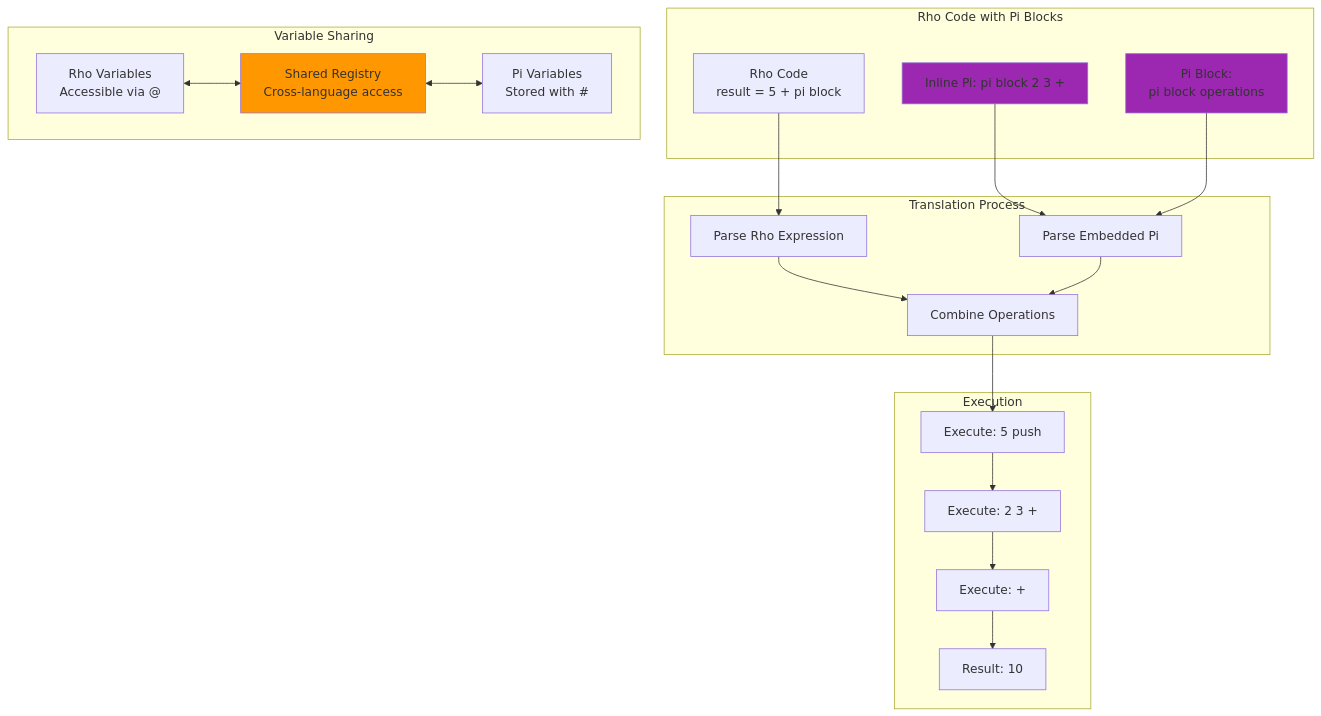
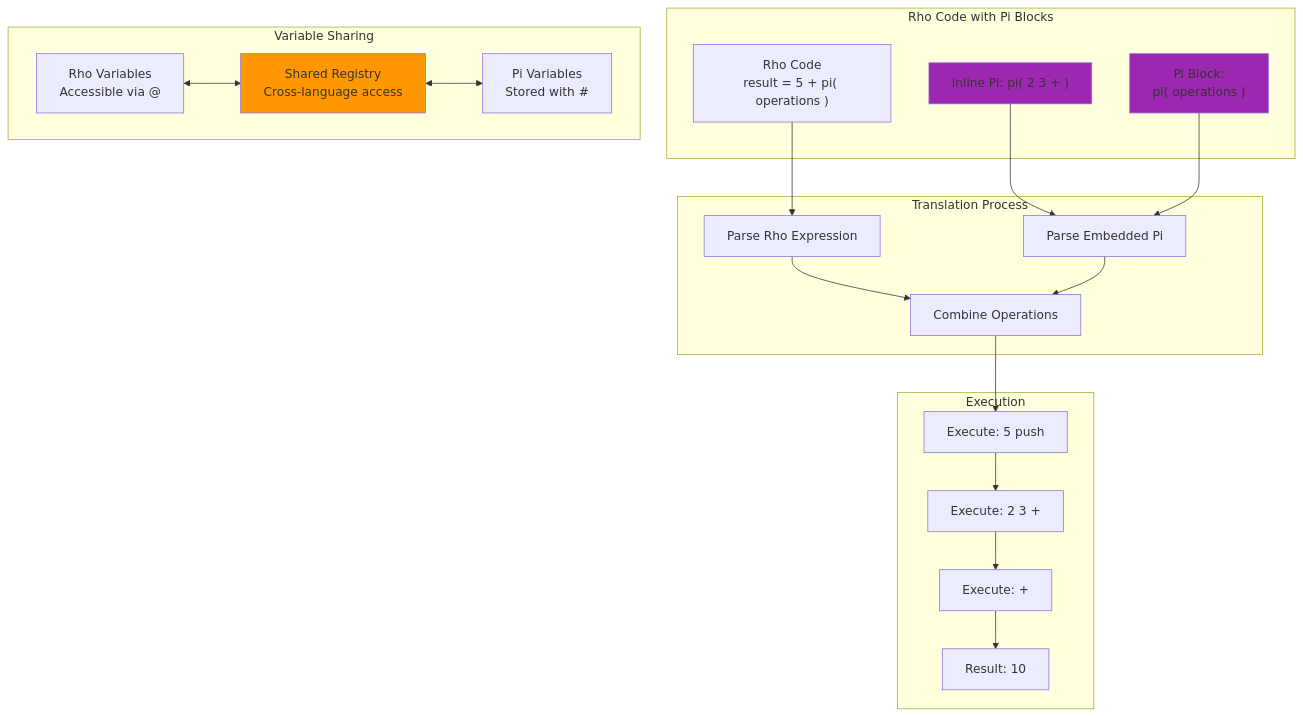
The second of 2 diagrams in Include/KAI/Language/Rho/README.md (cschladetsch/CppKaiLanguage), drawn with Mermaid before and after one commit.

Commit message:
Remove incorrect 'block' keyword and use proper Pi syntax notation
Fixed all instances where I incorrectly added 'block' as a keyword:
- Replaced 'pi block' with 'pi( ... )' notation
- Used parentheses instead of curly braces to avoid Mermaid parsing conflicts
- Maintained accurate representation of Pi embedded code syntax
- Applied fix across README and tutorial files

Pi uses curly braces for code blocks, but parentheses work better in Mermaid diagrams.

````diff
--- a/Include/KAI/Language/Rho/README.md
+++ b/Include/KAI/Language/Rho/README.md
@@ -155,44 +155,44 @@
 ```mermaid
 graph TB
     subgraph "Rho Code with Pi Blocks"
-        RHO_CODE["Rho Code<br/>result = 5 + pi block"]
-        PI_INLINE["Inline Pi: pi block 2 3 +"]
-        PI_BLOCK["Pi Block:<br/>pi block operations"]
+        RHO_CODE["Rho Code<br/>result = 5 + pi( operations )"]
+        PI_INLINE["Inline Pi: pi( 2 3 + )"]
+        PI_BLOCK["Pi Block:<br/>pi( operations )"]
     end
     
     subgraph "Translation Process"
         RHO_PARSE["Parse Rho Expression"]
         PI_PARSE["Parse Embedded Pi"]
         COMBINE["Combine Operations"]
     end
     
     subgraph "Execution"
         RHO_EXEC["Execute: 5 push"]
         PI_EXEC["Execute: 2 3 +"]
         FINAL_EXEC["Execute: +"]
         RESULT["Result: 10"]
     end
     
     subgraph "Variable Sharing"
         RHO_VAR["Rho Variables<br/>Accessible via @"]
         PI_VAR["Pi Variables<br/>Stored with #"]
         SHARED_REG["Shared Registry<br/>Cross-language access"]
     end
     
     RHO_CODE --> RHO_PARSE
     PI_INLINE --> PI_PARSE
     PI_BLOCK --> PI_PARSE
     
     RHO_PARSE --> COMBINE
     PI_PARSE --> COMBINE
     COMBINE --> RHO_EXEC
     RHO_EXEC --> PI_EXEC
     PI_EXEC --> FINAL_EXEC
     FINAL_EXEC --> RESULT
     
     RHO_VAR <--> SHARED_REG <--> PI_VAR
     
     style PI_INLINE fill:#9c27b0
     style PI_BLOCK fill:#9c27b0
     style SHARED_REG fill:#ff9800
 ```
````
